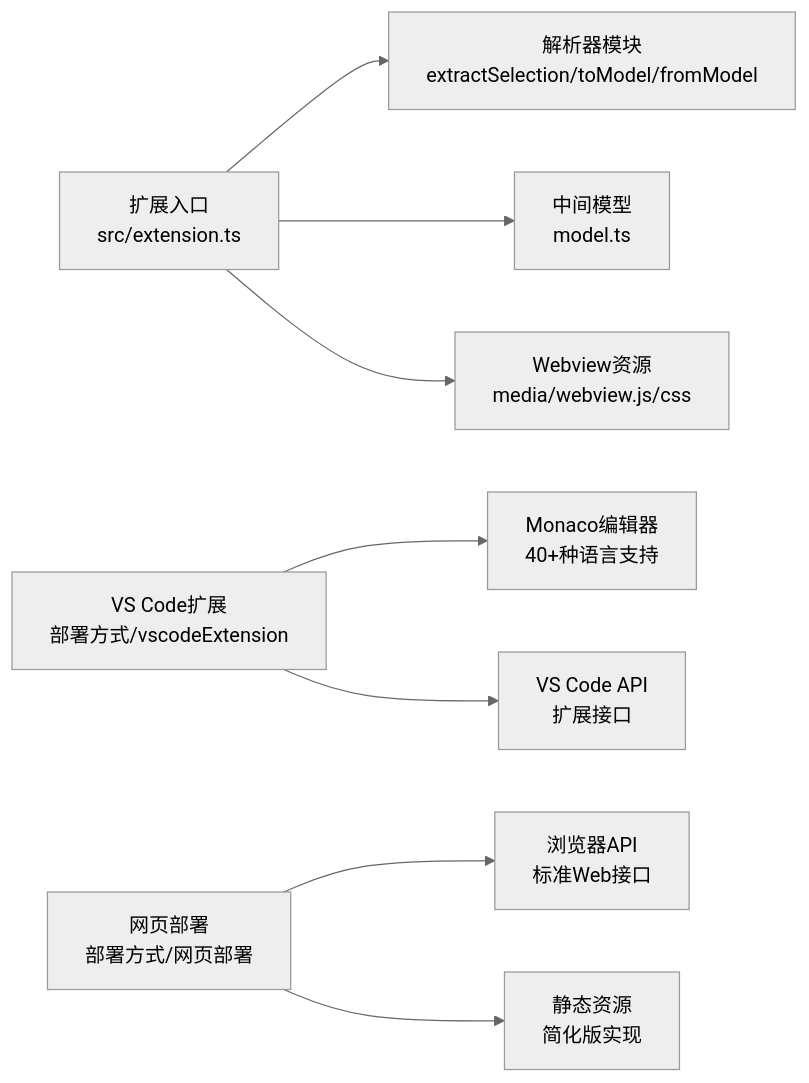
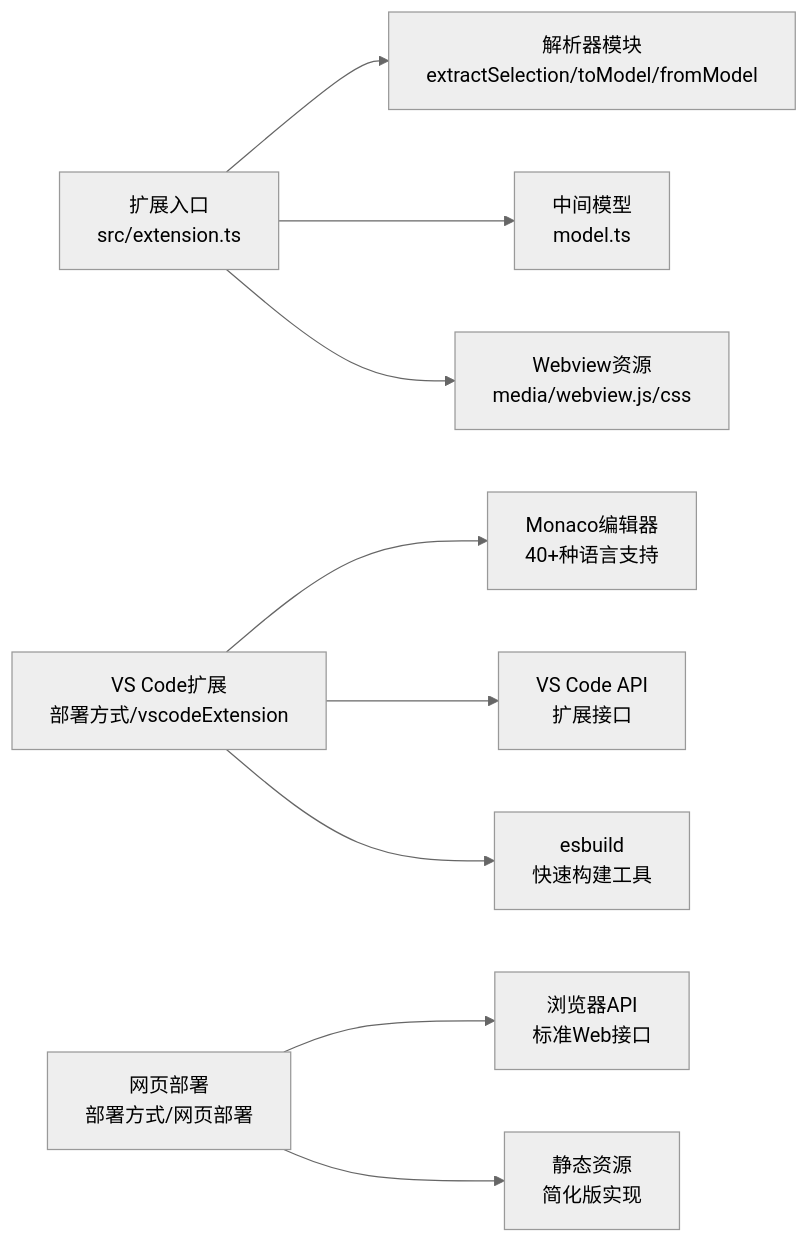
One commit to meiok1/wysjson changed the sixth of 6 diagrams in .qoder/repowiki/zh/content/开发者指南/构建和部署.md. Above: the diagram before and after it, drawn with Mermaid (neutral theme). The commit also changed other lines of this file and 9 other files, not shown here.

````diff
--- a/.qoder/repowiki/zh/content/开发者指南/构建和部署.md
+++ b/.qoder/repowiki/zh/content/开发者指南/构建和部署.md
@@ -360,10 +370,11 @@
 ```mermaid
 graph LR
 Ext["扩展入口<br/>src/extension.ts"] --> Parser["解析器模块<br/>extractSelection/toModel/fromModel"]
 Ext --> Model["中间模型<br/>model.ts"]
 Ext --> WV["Webview资源<br/>media/webview.js/css"]
 VSExt["VS Code扩展<br/>部署方式/vscodeExtension"] --> Monaco["Monaco编辑器<br/>40+种语言支持"]
 VSExt --> VSAPI["VS Code API<br/>扩展接口"]
+VSExt --> ESBuild["esbuild<br/>快速构建工具"]
 WebEnv["网页部署<br/>部署方式/网页部署"] --> Browser["浏览器API<br/>标准Web接口"]
 WebEnv --> Static["静态资源<br/>简化版实现"]
 ```
````
